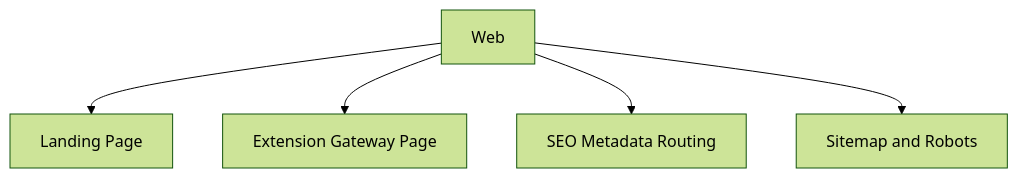
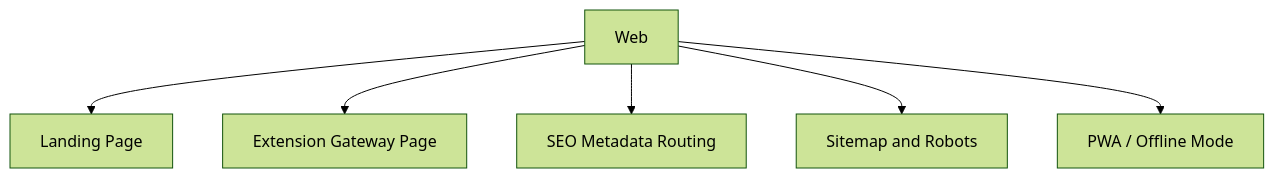
The fourth of 4 diagrams in docs/FEATURE_PLATFORM_MATRIX.md (TrongAJTT/imify), drawn with Mermaid (forest theme) before and after one commit. The commit also changed other lines of this file and 489 other files, not shown here.

````diff
--- a/docs/FEATURE_PLATFORM_MATRIX.md
+++ b/docs/FEATURE_PLATFORM_MATRIX.md
@@ -99,7 +100,8 @@
 ```mermaid
 flowchart TD
   W[Web] --> W1[Landing Page]
   W --> W2[Extension Gateway Page]
   W --> W3[SEO Metadata Routing]
   W --> W4[Sitemap and Robots]
+  W --> W5[PWA / Offline Mode]
 ```
````
